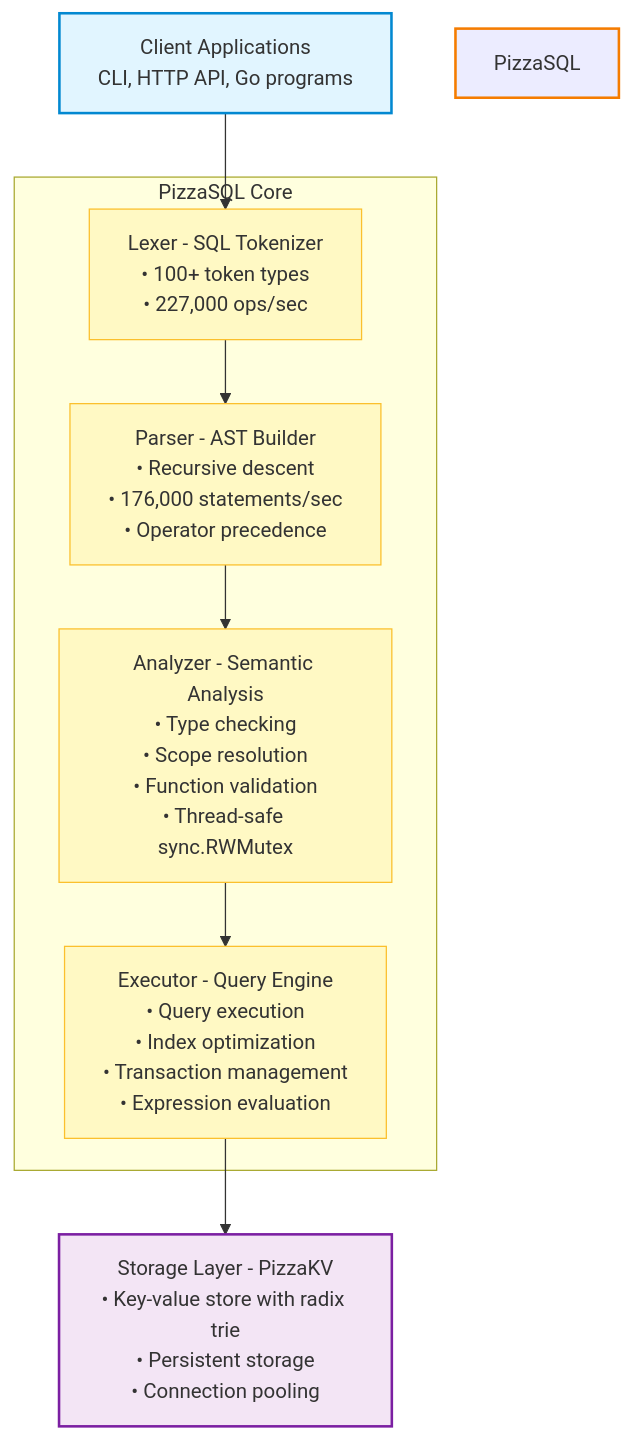
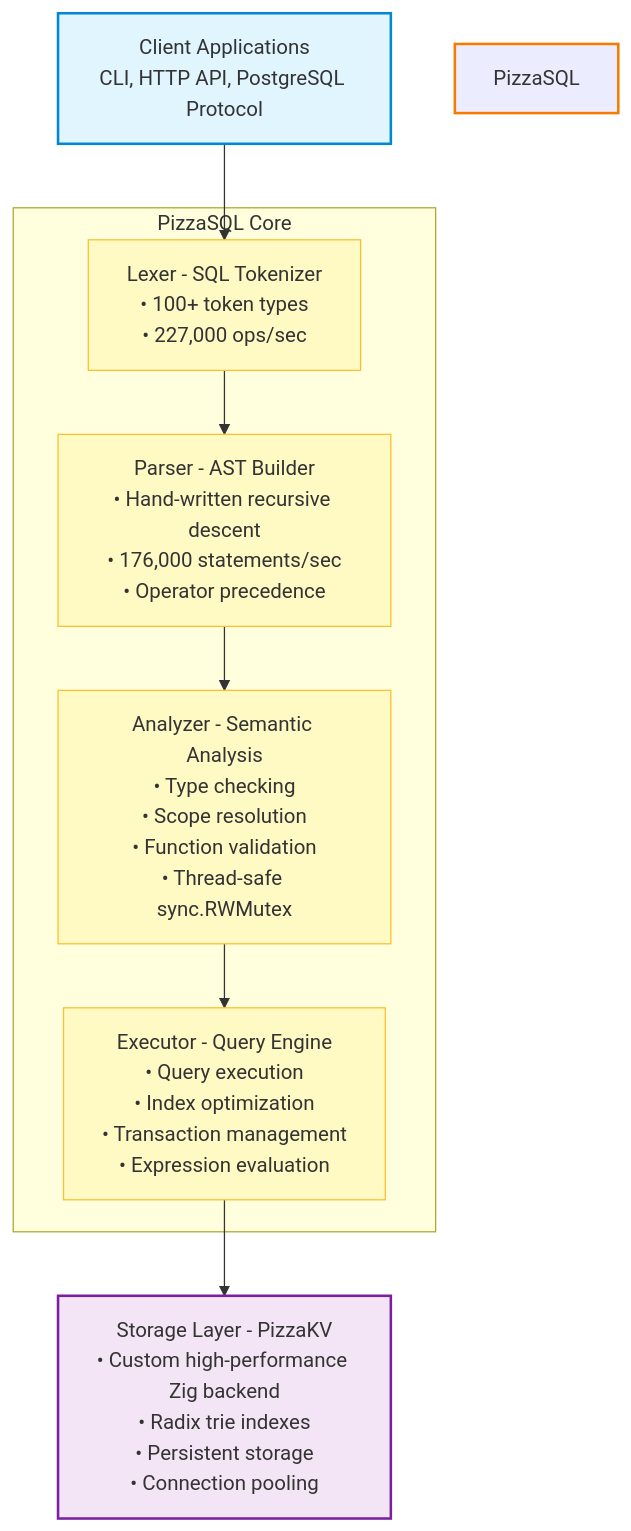
The diagram in README.md (danfragoso/pizzasql), drawn with Mermaid before and after one commit. The commit also changed other lines of this file and 15 other files, not shown here.

````diff
--- a/README.md
+++ b/README.md
@@ -83,27 +549,27 @@
 ```mermaid
 graph TD
-    Client[Client Applications<br/>CLI, HTTP API, Go programs]
+    Client[Client Applications<br/>CLI, HTTP API, PostgreSQL Protocol]
 
     Client --> Lexer
 
     subgraph PizzaSQL Core
         Lexer[Lexer - SQL Tokenizer<br/>• 100+ token types<br/>• 227,000 ops/sec]
-        Parser[Parser - AST Builder<br/>• Recursive descent<br/>• 176,000 statements/sec<br/>• Operator precedence]
+        Parser[Parser - AST Builder<br/>• Hand-written recursive descent<br/>• 176,000 statements/sec<br/>• Operator precedence]
         Analyzer[Analyzer - Semantic Analysis<br/>• Type checking<br/>• Scope resolution<br/>• Function validation<br/>• Thread-safe sync.RWMutex]
         Executor[Executor - Query Engine<br/>• Query execution<br/>• Index optimization<br/>• Transaction management<br/>• Expression evaluation]
 
         Lexer --> Parser
         Parser --> Analyzer
         Analyzer --> Executor
     end
 
-    Executor --> Storage[Storage Layer - PizzaKV<br/>• Key-value store with radix trie<br/>• Persistent storage<br/>• Connection pooling]
+    Executor --> Storage[Storage Layer - PizzaKV<br/>• Custom high-performance Zig backend<br/>• Radix trie indexes<br/>• Persistent storage<br/>• Connection pooling]
 
     style Client fill:#e1f5ff,stroke:#0288d1,stroke-width:2px
     style PizzaSQL Core fill:#fff3e0,stroke:#f57c00,stroke-width:2px
     style Storage fill:#f3e5f5,stroke:#7b1fa2,stroke-width:2px
     style Lexer fill:#fff9c4,stroke:#fbc02d
     style Parser fill:#fff9c4,stroke:#fbc02d
     style Analyzer fill:#fff9c4,stroke:#fbc02d
     style Executor fill:#fff9c4,stroke:#fbc02d
 ```
````
